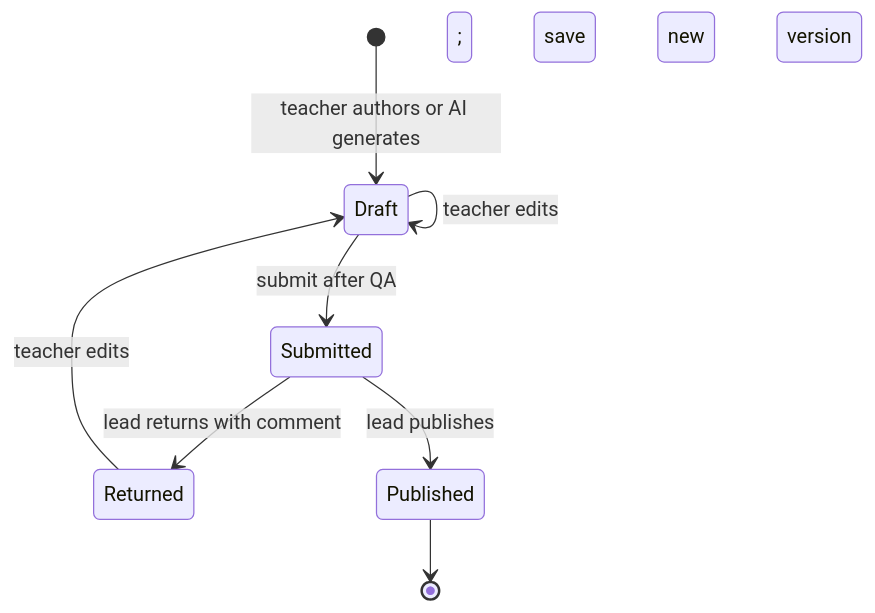
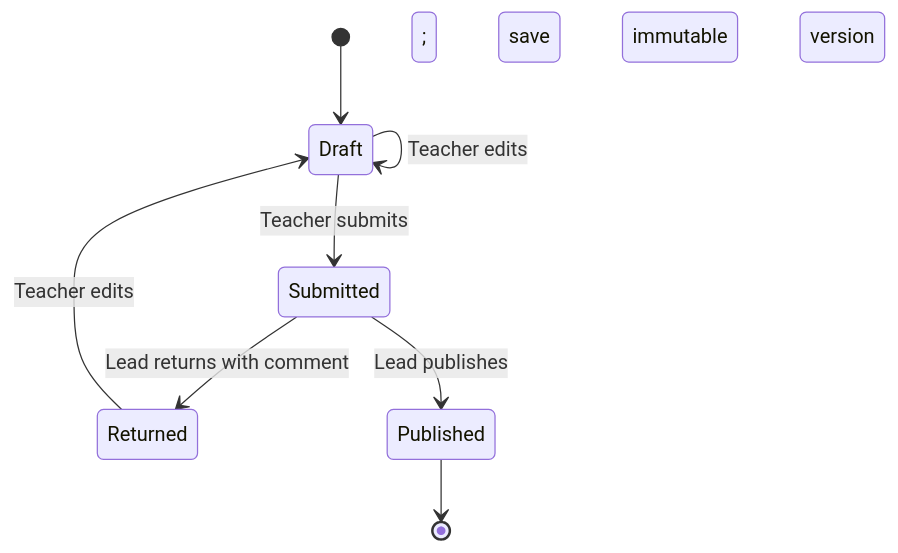
The second of 2 diagrams in docs/architecture.md (steekam/nova-takehome), drawn with Mermaid before and after one commit. The commit also changed other lines of this file and 23 other files, not shown here.

````diff
--- a/docs/architecture.md
+++ b/docs/architecture.md
@@ -18,10 +42,10 @@
 ```mermaid
 stateDiagram-v2
-  [*] --> Draft: teacher authors or AI generates
-  Draft --> Draft: teacher edits; save new version
-  Draft --> Submitted: submit after QA
-  Submitted --> Returned: lead returns with comment
-  Submitted --> Published: lead publishes
-  Returned --> Draft: teacher edits
+  [*] --> Draft
+  Draft --> Draft: Teacher edits; save immutable version
+  Draft --> Submitted: Teacher submits
+  Submitted --> Returned: Lead returns with comment
+  Submitted --> Published: Lead publishes
+  Returned --> Draft: Teacher edits; save immutable version
   Published --> [*]
 ```
````
